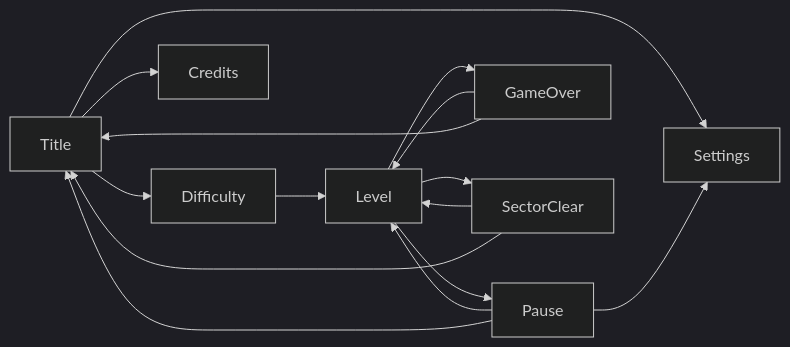
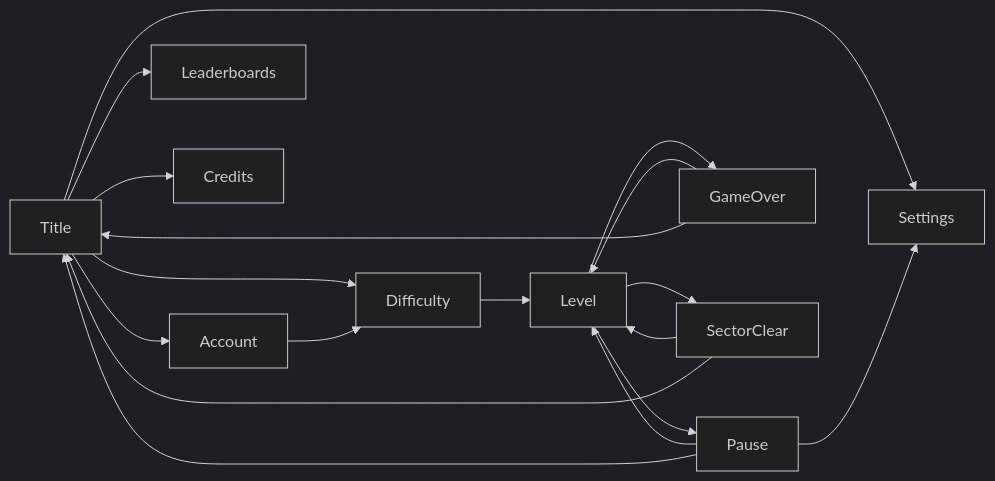
The diagram in YASS-2026/07 UI and UX/UI Flow and Screens.md (DFTGames/UnityMCPWorkflow), drawn with Mermaid (dark theme) before and after one commit. The commit also changed other lines of this file and 85 other files, not shown here.

````diff
--- a/YASS-2026/07 UI and UX/UI Flow and Screens.md
+++ b/YASS-2026/07 UI and UX/UI Flow and Screens.md
@@ -15,17 +15,20 @@
 ```mermaid
 flowchart LR
+  Title --> Account
   Title --> Difficulty
+  Title --> Leaderboards
   Title --> Settings
   Title --> Credits
+  Account --> Difficulty
   Difficulty --> Level
   Level --> Pause
   Pause --> Level
   Pause --> Settings
   Pause --> Title
   Level --> GameOver
   Level --> SectorClear
   GameOver --> Level
   SectorClear --> Level
   GameOver --> Title
   SectorClear --> Title
 ```
````
